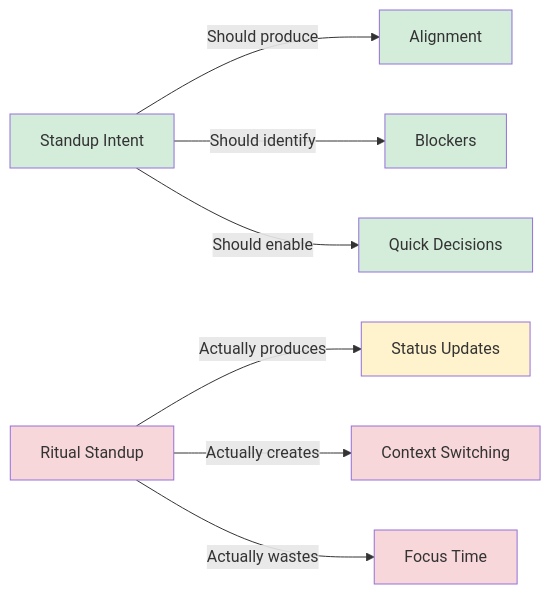
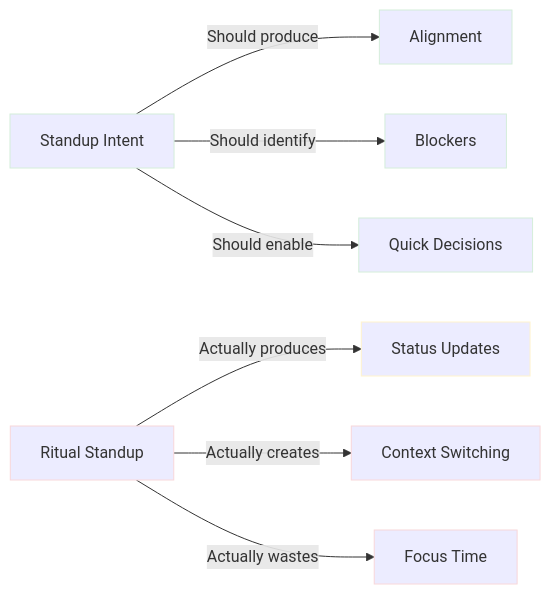
One commit to Shaddix/mostlylucidweb changed the second of 6 diagrams in Mostlylucid/Markdown/agile-standups-ceremony-tax.md. Above: the diagram before and after it, drawn with Mermaid. The commit also changed other lines of this file, not shown here.

First line of the commit message:
fix: update Mermaid diagrams to use stroke instead of fill for dark mode compatibility

````diff
--- a/Mostlylucid/Markdown/agile-standups-ceremony-tax.md
+++ b/Mostlylucid/Markdown/agile-standups-ceremony-tax.md
@@ -72,19 +72,19 @@
 ```mermaid
 graph LR
     A[Standup Intent] -->|Should produce| B[Alignment]
     A -->|Should identify| C[Blockers]
     A -->|Should enable| D[Quick Decisions]
 
     E[Ritual Standup] -->|Actually produces| F[Status Updates]
     E -->|Actually creates| G[Context Switching]
     E -->|Actually wastes| H[Focus Time]
 
-    style A fill:#d4edda
-    style B fill:#d4edda
-    style C fill:#d4edda
-    style D fill:#d4edda
-    style E fill:#f8d7da
-    style F fill:#fff3cd
-    style G fill:#f8d7da
-    style H fill:#f8d7da
+    style A stroke:#d4edda
+    style B stroke:#d4edda
+    style C stroke:#d4edda
+    style D stroke:#d4edda
+    style E stroke:#f8d7da
+    style F stroke:#fff3cd
+    style G stroke:#f8d7da
+    style H stroke:#f8d7da
 ```
````
